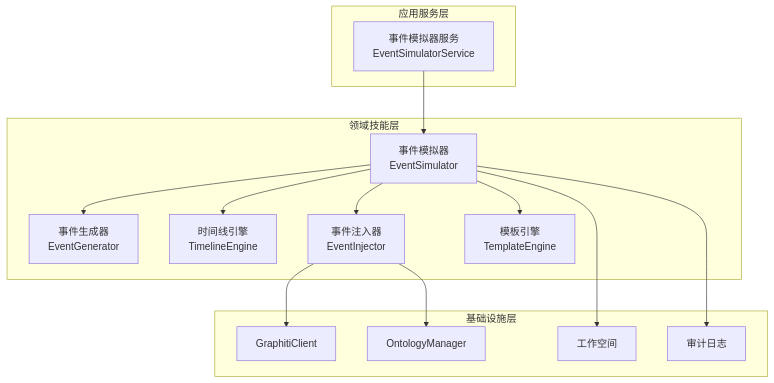
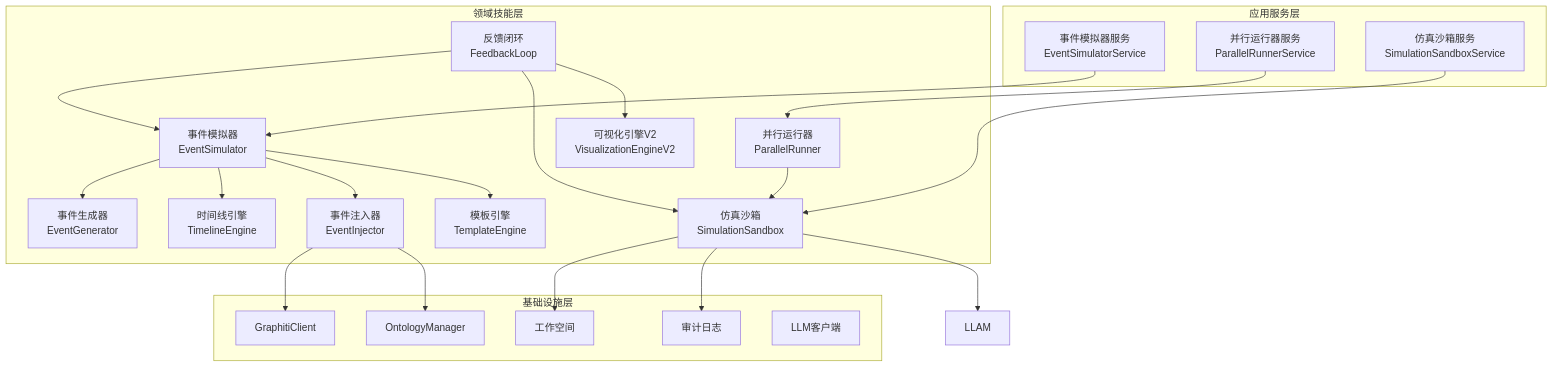
One commit to inier/ontology-graphiti changed the second of 8 diagrams in .qoder/repowiki/zh/content/核心模块/仿真推演模块/仿真推演模块.md. Above: the diagram before and after it, drawn with Mermaid. The commit also changed other lines of this file and 8 other files, not shown here.

````diff
--- a/.qoder/repowiki/zh/content/核心模块/仿真推演模块/仿真推演模块.md
+++ b/.qoder/repowiki/zh/content/核心模块/仿真推演模块/仿真推演模块.md
@@ -76,28 +99,42 @@
 ```mermaid
 graph TB
 subgraph "应用服务层"
 SVC["事件模拟器服务<br/>EventSimulatorService"]
+SSVC["仿真沙箱服务<br/>SimulationSandboxService"]
+PRVC["并行运行器服务<br/>ParallelRunnerService"]
 end
 subgraph "领域技能层"
 SIM["事件模拟器<br/>EventSimulator"]
 GEN["事件生成器<br/>EventGenerator"]
 TL["时间线引擎<br/>TimelineEngine"]
 INJ["事件注入器<br/>EventInjector"]
 TPL["模板引擎<br/>TemplateEngine"]
+SS["仿真沙箱<br/>SimulationSandbox"]
+PR["并行运行器<br/>ParallelRunner"]
+FB["反馈闭环<br/>FeedbackLoop"]
+VE["可视化引擎V2<br/>VisualizationEngineV2"]
 end
 subgraph "基础设施层"
 GCLI["GraphitiClient"]
 OM["OntologyManager"]
 WS["工作空间"]
 AUD["审计日志"]
+LLM["LLM客户端"]
 end
 SVC --> SIM
+SSVC --> SS
+PRVC --> PR
 SIM --> GEN
 SIM --> TL
 SIM --> INJ
 SIM --> TPL
 INJ --> GCLI
 INJ --> OM
-SIM --> WS
-SIM --> AUD
+SS --> LLAM
+PR --> SS
+FB --> VE
+FB --> SS
+FB --> SIM
+SS --> WS
+SS --> AUD
 ```
````
